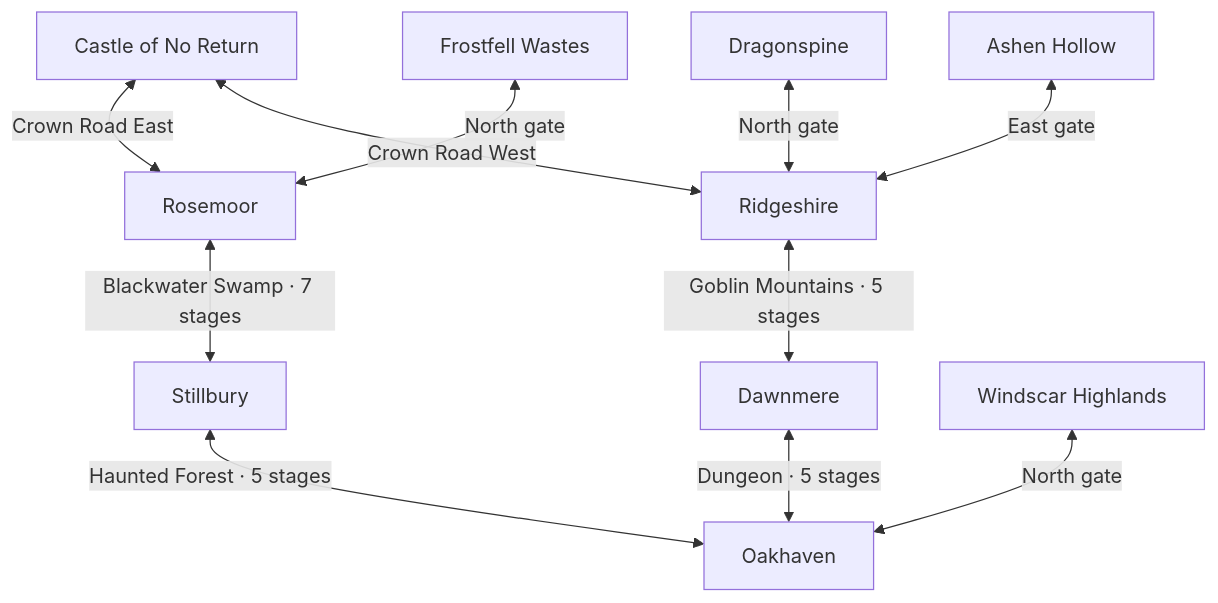
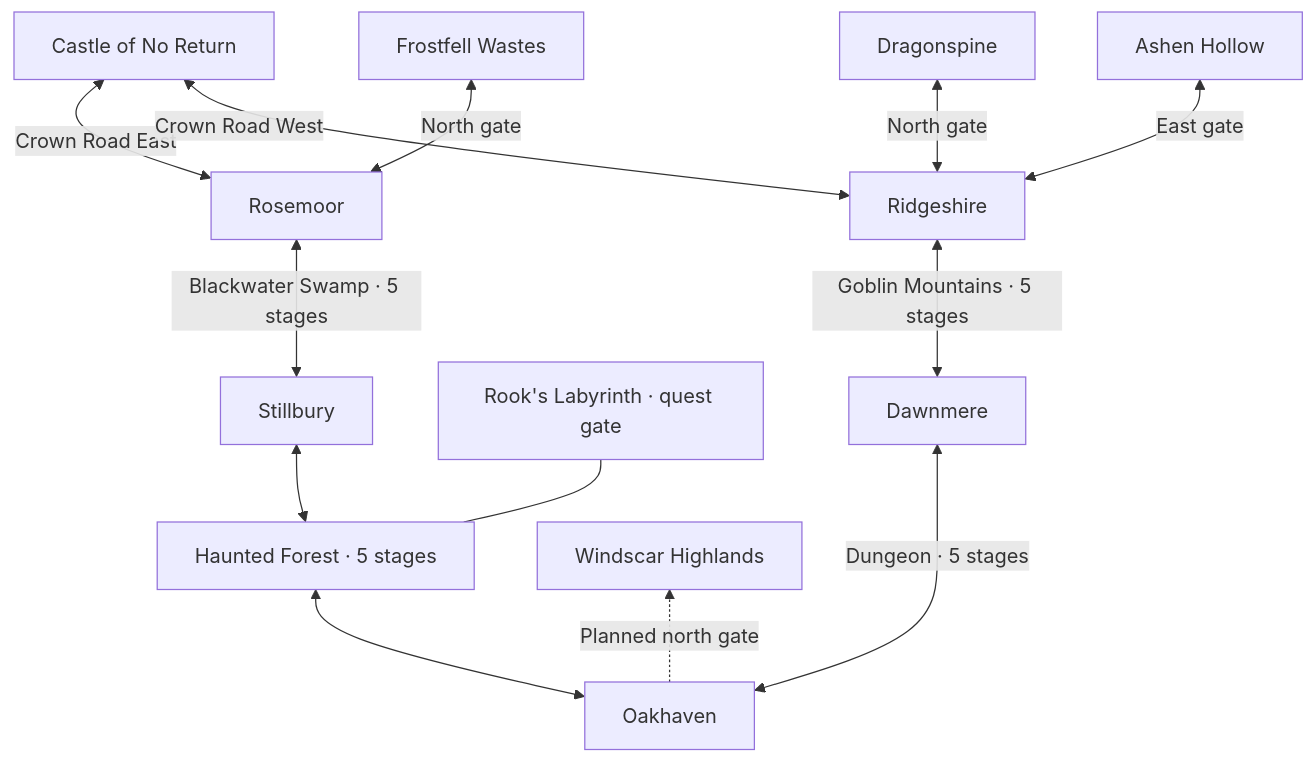
One commit to christsantiris/c_rpg changed the diagram in docs/five-town-expansion.md. Above: the diagram before and after it, drawn with Mermaid. The commit also changed other lines of this file and 85 other files, not shown here.

````diff
--- a/docs/five-town-expansion.md
+++ b/docs/five-town-expansion.md
@@ -12,13 +12,15 @@
 ```mermaid
 flowchart BT
-    Oak[Oakhaven] <-->|Haunted Forest · 5 stages| Still[Stillbury]
-    Still <-->|Blackwater Swamp · 7 stages| Rose[Rosemoor]
+    Oak[Oakhaven] <--> Forest[Haunted Forest · 5 stages]
+    Forest <--> Still[Stillbury]
+    Forest --- Maze[Rook's Labyrinth · quest gate]
+    Still <-->|Blackwater Swamp · 5 stages| Rose[Rosemoor]
     Rose <-->|Crown Road East| Castle[Castle of No Return]
     Oak <-->|Dungeon · 5 stages| Dawn[Dawnmere]
     Dawn <-->|Goblin Mountains · 5 stages| Ridge[Ridgeshire]
     Ridge <-->|Crown Road West| Castle
-    Oak <-->|North gate| Wind[Windscar Highlands]
+    Oak -.->|Planned north gate| Wind[Windscar Highlands]
     Rose <-->|North gate| Frost[Frostfell Wastes]
     Ridge <-->|North gate| Dragon[Dragonspine]
     Ridge <-->|East gate| Ashen[Ashen Hollow]
 ```
````
